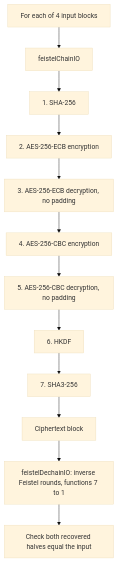
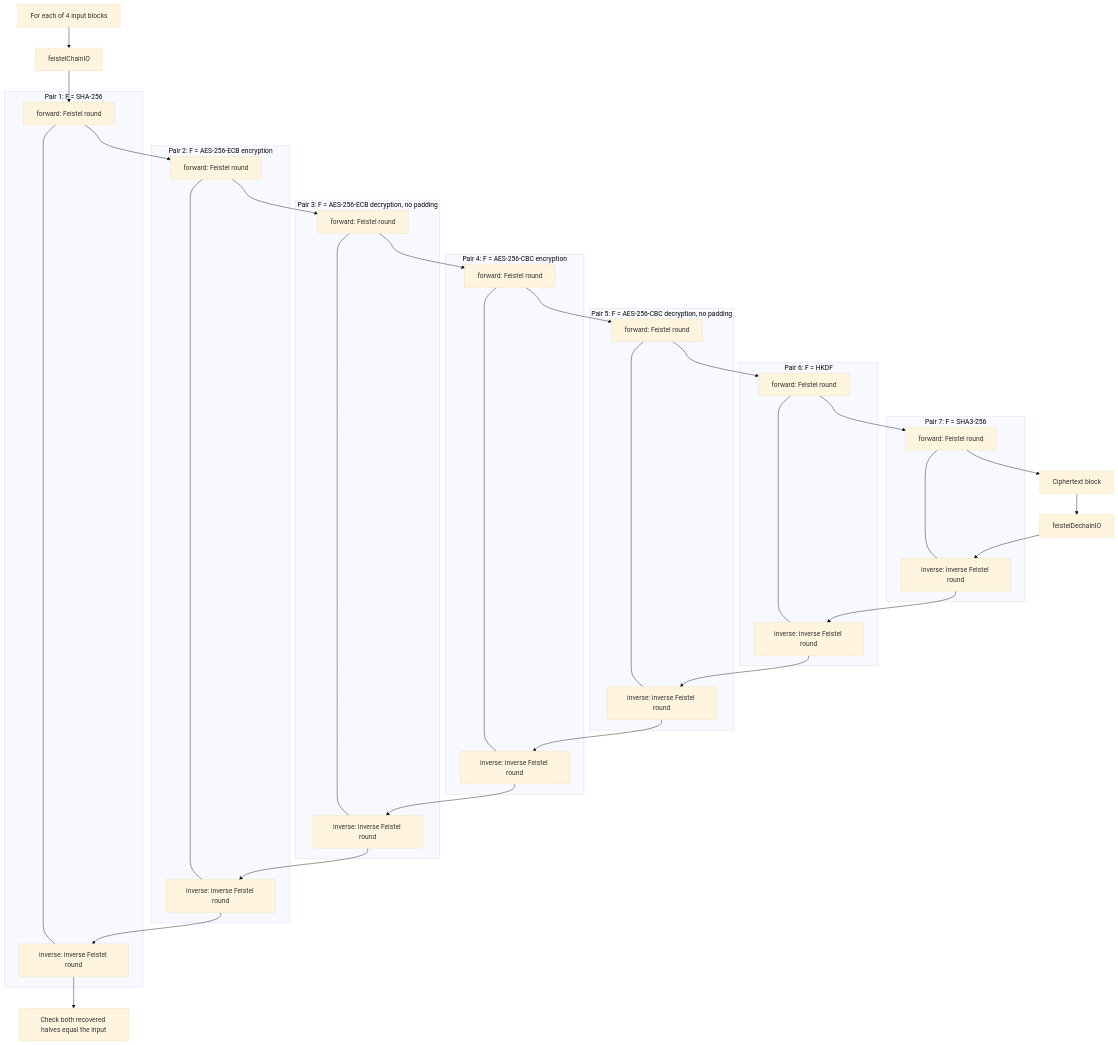
One commit to locusf/blackworm changed the third of 6 diagrams in docs/test-visualization.md. Above: the diagram before and after it, drawn with Mermaid (base theme). The commit also changed other lines of this file and 4 other files, not shown here.

````diff
--- a/docs/test-visualization.md
+++ b/docs/test-visualization.md
@@ -57,14 +71,30 @@
 ```mermaid
 flowchart TD
     INPUT["For each of 4 input blocks"] --> E["feistelChainIO"]
-    E --> F1["1. SHA-256"]
-    F1 --> F2["2. AES-256-ECB encryption"]
-    F2 --> F3["3. AES-256-ECB decryption, no padding"]
-    F3 --> F4["4. AES-256-CBC encryption"]
-    F4 --> F5["5. AES-256-CBC decryption, no padding"]
-    F5 --> F6["6. HKDF"]
-    F6 --> F7["7. SHA3-256"]
+    subgraph P1["Pair 1: F = SHA-256"]
+        F1["forward: Feistel round"] --- I1["inverse: inverse Feistel round"]
+    end
+    subgraph P2["Pair 2: F = AES-256-ECB encryption"]
+        F2["forward: Feistel round"] --- I2["inverse: inverse Feistel round"]
+    end
+    subgraph P3["Pair 3: F = AES-256-ECB decryption, no padding"]
+        F3["forward: Feistel round"] --- I3["inverse: inverse Feistel round"]
+    end
+    subgraph P4["Pair 4: F = AES-256-CBC encryption"]
+        F4["forward: Feistel round"] --- I4["inverse: inverse Feistel round"]
+    end
+    subgraph P5["Pair 5: F = AES-256-CBC decryption, no padding"]
+        F5["forward: Feistel round"] --- I5["inverse: inverse Feistel round"]
+    end
+    subgraph P6["Pair 6: F = HKDF"]
+        F6["forward: Feistel round"] --- I6["inverse: inverse Feistel round"]
+    end
+    subgraph P7["Pair 7: F = SHA3-256"]
+        F7["forward: Feistel round"] --- I7["inverse: inverse Feistel round"]
+    end
+    E --> F1 --> F2 --> F3 --> F4 --> F5 --> F6 --> F7
     F7 --> C["Ciphertext block"]
-    C --> D["feistelDechainIO: inverse Feistel rounds, functions 7 to 1"]
-    D --> CHECK["Check both recovered halves equal the input"]
+    C --> D["feistelDechainIO"]
+    D --> I7 --> I6 --> I5 --> I4 --> I3 --> I2 --> I1
+    I1 --> CHECK["Check both recovered halves equal the input"]
 ```
````
